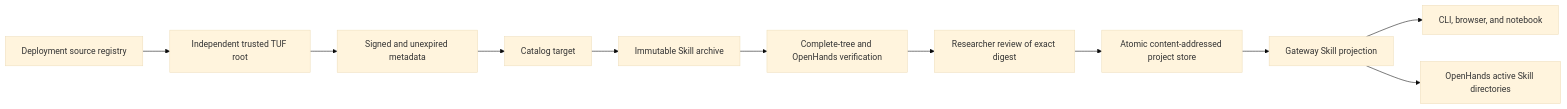
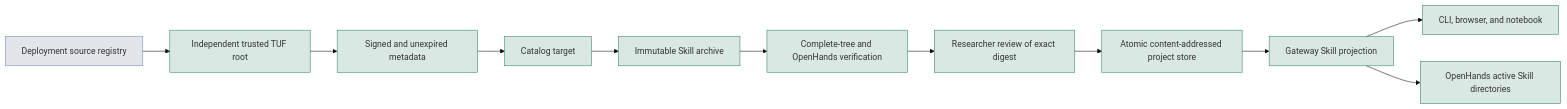
One commit to SchmiedmayerLab/heartwood changed the diagram in documentation/architecture/skills.md. Above: the diagram before and after it, drawn with Mermaid (base theme). The commit also changed other lines of this file and 43 other files, not shown here.

````diff
--- a/documentation/architecture/skills.md
+++ b/documentation/architecture/skills.md
@@ -39,13 +39,17 @@
 ```mermaid
 flowchart LR
     Registry["Deployment source registry"] --> Root["Independent trusted TUF root"]
     Root --> Metadata["Signed and unexpired metadata"]
     Metadata --> Catalog["Catalog target"]
     Catalog --> Archive["Immutable Skill archive"]
     Archive --> Verify["Complete-tree and OpenHands verification"]
     Verify --> Review["Researcher review of exact digest"]
     Review --> Store["Atomic content-addressed project store"]
     Store --> Gateway["Gateway Skill projection"]
     Gateway --> Interfaces["CLI, browser, and notebook"]
     Gateway --> OpenHands["OpenHands active Skill directories"]
+    classDef heartwood fill:#0b694d26,stroke:#2b8268
+    classDef platform fill:#3f5b7426,stroke:#6f8fae
+    class Root,Metadata,Catalog,Archive,Verify,Review,Store,Gateway,Interfaces,OpenHands heartwood
+    class Registry platform
 ```
````
